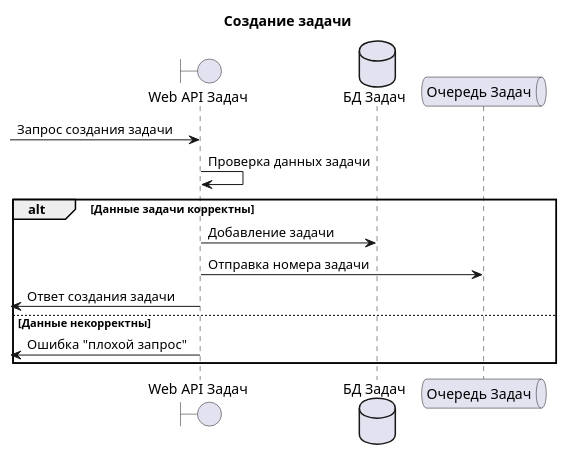
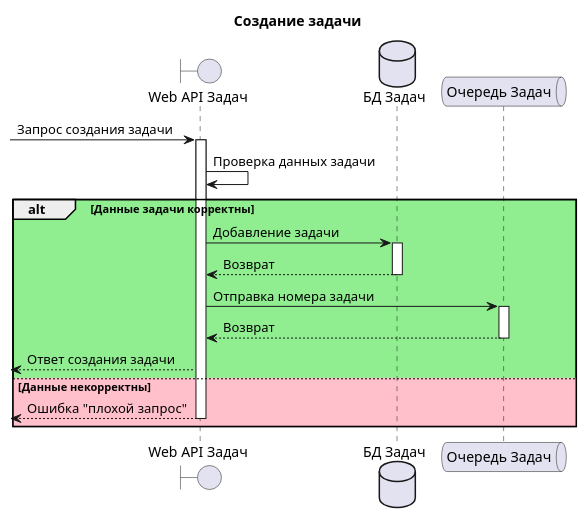
Before and after one commit to mrypdm/JobSystem: the first of 3 diagrams in docs/diagrams/sequence/Jobs.WebApi.puml, drawn with PlantUML. The commit also changed other lines of this file and 2 other files, not shown here.

Commit message:
improve sequences

```diff
--- a/docs/diagrams/sequence/Jobs.WebApi.puml
+++ b/docs/diagrams/sequence/Jobs.WebApi.puml
@@ -1,24 +1,26 @@
 @startuml Create Job
 
 title Создание задачи
 
 boundary "Web API Задач" as API
 database "БД Задач" as DB
 queue "Очередь Задач" as KAFKA
 
-[-> API: Запрос создания задачи
+[-> API++: Запрос создания задачи
 API -> API: Проверка данных задачи
 
-alt Данные задачи корректны
+alt #LightGreen Данные задачи корректны
 
-    API -> DB: Добавление задачи
-    API -> KAFKA: Отправка номера задачи
-    API ->[: Ответ создания задачи
+    API -> DB++: Добавление задачи
+    DB --> API--: Возврат
+    API -> KAFKA++: Отправка номера задачи
+    KAFKA --> API--: Возврат
+    API -->[: Ответ создания задачи
 
-else Данные некорректны
+else #Pink Данные некорректны
 
-    API ->[: Ошибка "плохой запрос"
+    API -->[--: Ошибка "плохой запрос"
 
 end
 
 @enduml
```
